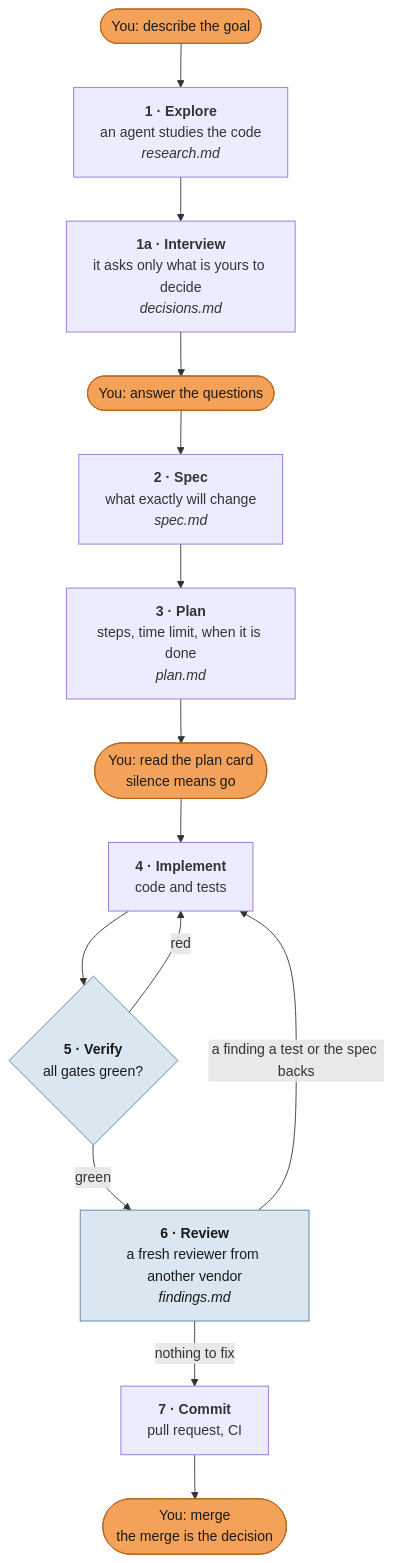
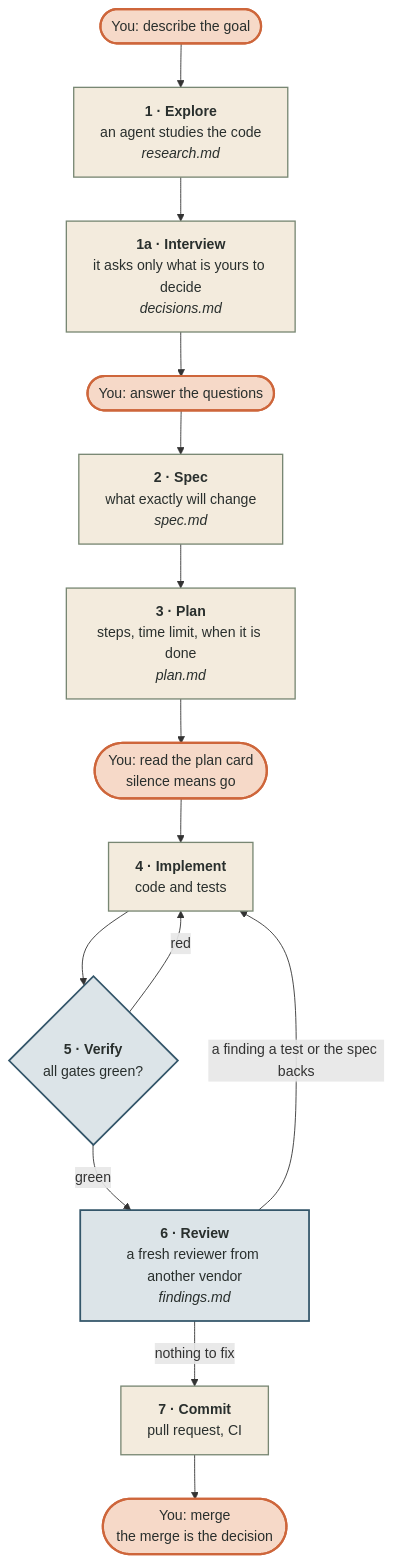
The first of 2 diagrams in README.md (bicycle-brakes/monotrope), drawn with Mermaid before and after one commit. The commit also changed other lines of this file, not shown here.

Commit message:
docs(readme): diagrams in the bicycle-brakes colours
Agent steps on warm white with a sage border, the maintainer's moments in a
light terracotta tint with a terracotta border, machine checks in a light
slate tint. Label text is anthracite on every fill (contrast 10:1 or more);
terracotta itself is too weak a fill for text (3.6:1).

````diff
--- a/README.md
+++ b/README.md
@@ -51,24 +51,25 @@
 ```mermaid
 flowchart TD
     Y1(["You: describe the goal"]) --> E
     E["<b>1 · Explore</b><br/>an agent studies the code<br/><i>research.md</i>"] --> I
     I["<b>1a · Interview</b><br/>it asks only what is yours to decide<br/><i>decisions.md</i>"] --> Y2
     Y2(["You: answer the questions"]) --> S
     S["<b>2 · Spec</b><br/>what exactly will change<br/><i>spec.md</i>"] --> P
     P["<b>3 · Plan</b><br/>steps, time limit, when it is done<br/><i>plan.md</i>"] --> Y3
     Y3(["You: read the plan card<br/>silence means go"]) --> IM
     IM["<b>4 · Implement</b><br/>code and tests"] --> V
     V{"<b>5 · Verify</b><br/>all gates green?"}
     V -- "red" --> IM
     V -- "green" --> R
     R["<b>6 · Review</b><br/>a fresh reviewer from another vendor<br/><i>findings.md</i>"]
     R -- "a finding a test or the spec backs" --> IM
     R -- "nothing to fix" --> C
     C["<b>7 · Commit</b><br/>pull request, CI"] --> Y4
     Y4(["You: merge<br/>the merge is the decision"])
 
-    classDef you fill:#f4a259,stroke:#b5651d,color:#1a1a1a
-    classDef check fill:#dbe7f0,stroke:#5b7c99,color:#1a1a1a
+    classDef default fill:#F3EBDD,stroke:#788773,stroke-width:1.5px,color:#292F2D
+    classDef you fill:#F6D9C8,stroke:#CE663B,stroke-width:2.5px,color:#292F2D
+    classDef check fill:#DCE4E8,stroke:#34566A,stroke-width:2px,color:#292F2D
     class Y1,Y2,Y3,Y4 you
     class V,R check
 ```
````
